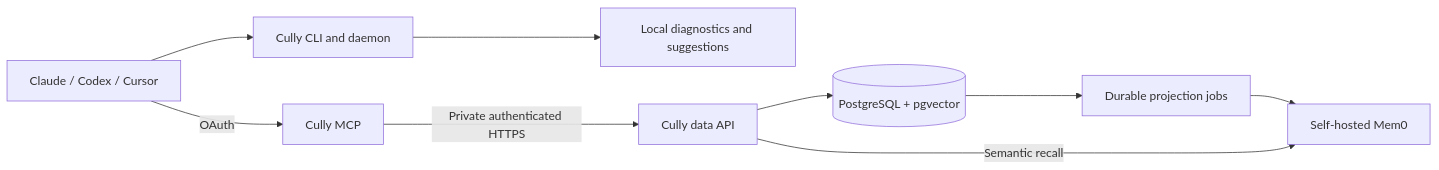
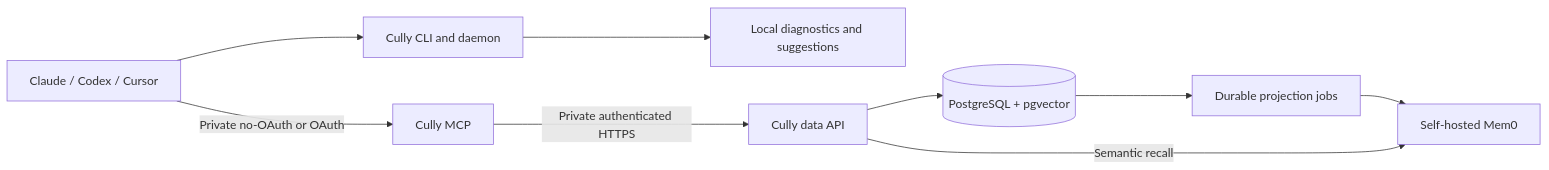
One commit to 72sevenzy2/cully changed the diagram in docs/architecture.md. Above: the diagram before and after it, drawn with Mermaid. The commit also changed other lines of this file and 31 other files, not shown here.

Commit message:
Add optional MCP OAuth and broaden Cully site and docs

````diff
--- a/docs/architecture.md
+++ b/docs/architecture.md
@@ -5,11 +5,11 @@
 ```mermaid
 flowchart LR
   A[Claude / Codex / Cursor] --> L[Cully CLI and daemon]
   L --> S[Local diagnostics and suggestions]
-  A -->|OAuth| M[Cully MCP]
+  A -->|Private no-OAuth or OAuth| M[Cully MCP]
   M -->|Private authenticated HTTPS| D[Cully data API]
   D --> P[(PostgreSQL + pgvector)]
   P --> Q[Durable projection jobs]
   Q --> F[Self-hosted Mem0]
   D -->|Semantic recall| F
 ```
````
